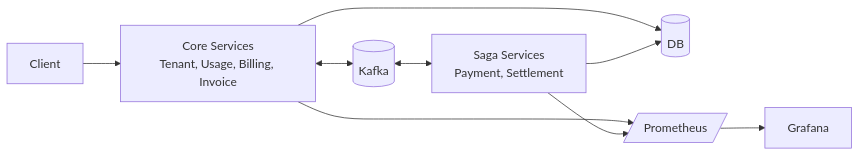
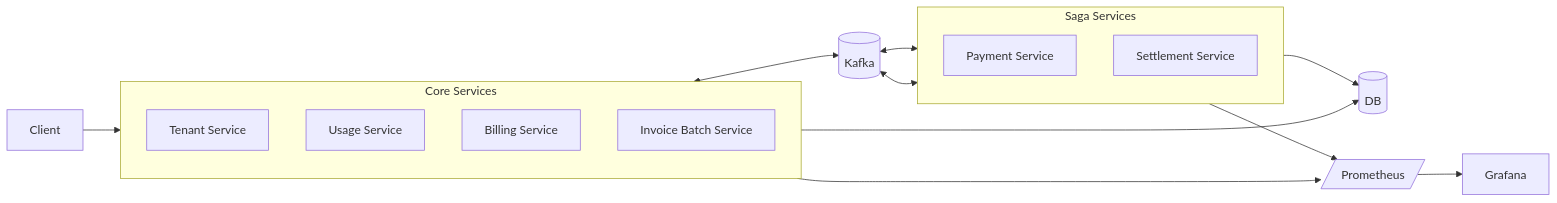
The diagram in README.md (MustafaBulu/billing-platform-parent), drawn with Mermaid before and after one commit.

Commit message:
docs: use nested service groups in architecture diagram

````diff
--- a/README.md
+++ b/README.md
@@ -50,13 +50,29 @@
 ```mermaid
 flowchart LR
-    C[Client] --> CORE[Core Services<br/>Tenant, Usage, Billing, Invoice]
-    CORE <--> K[(Kafka)]
-    K <--> SAGA[Saga Services<br/>Payment, Settlement]
+    C[Client] --> CORE
+
+    subgraph CORE[Core Services]
+        direction TB
+        T[Tenant Service]
+        U[Usage Service]
+        B[Billing Service]
+        I[Invoice Batch Service]
+    end
+
+    subgraph SAGA[Saga Services]
+        direction TB
+        P[Payment Service]
+        S[Settlement Service]
+    end
+
+    I <--> K[(Kafka)]
+    K <--> P
+    K <--> S
 
     CORE --> DB[(DB)]
     SAGA --> DB
 
     CORE --> PR[/Prometheus/]
     SAGA --> PR
     PR --> G[Grafana]
 ```
````
